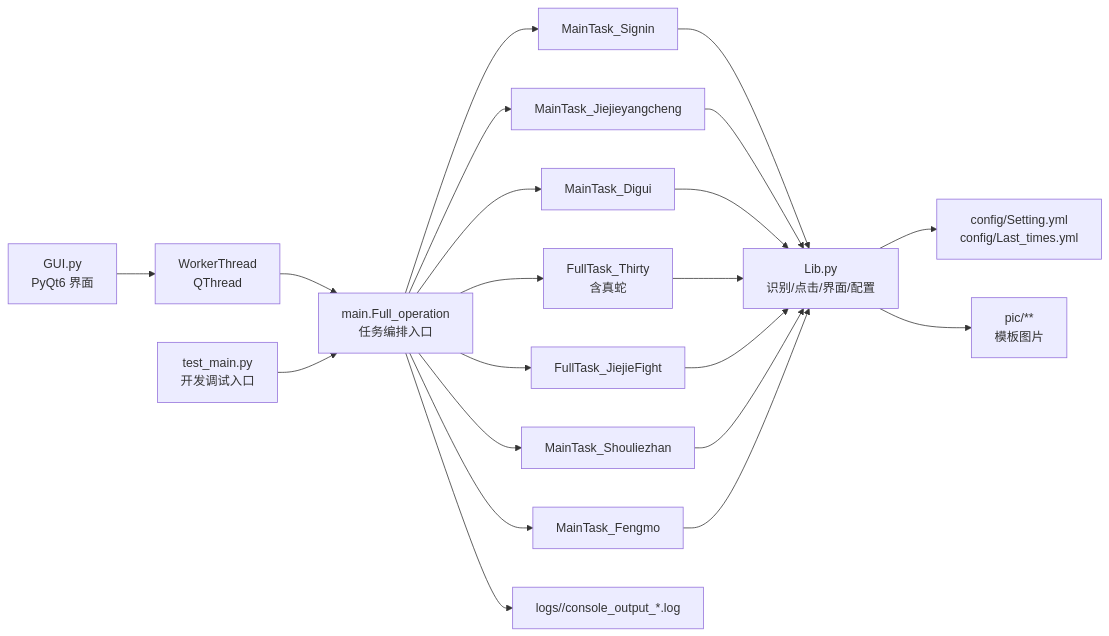
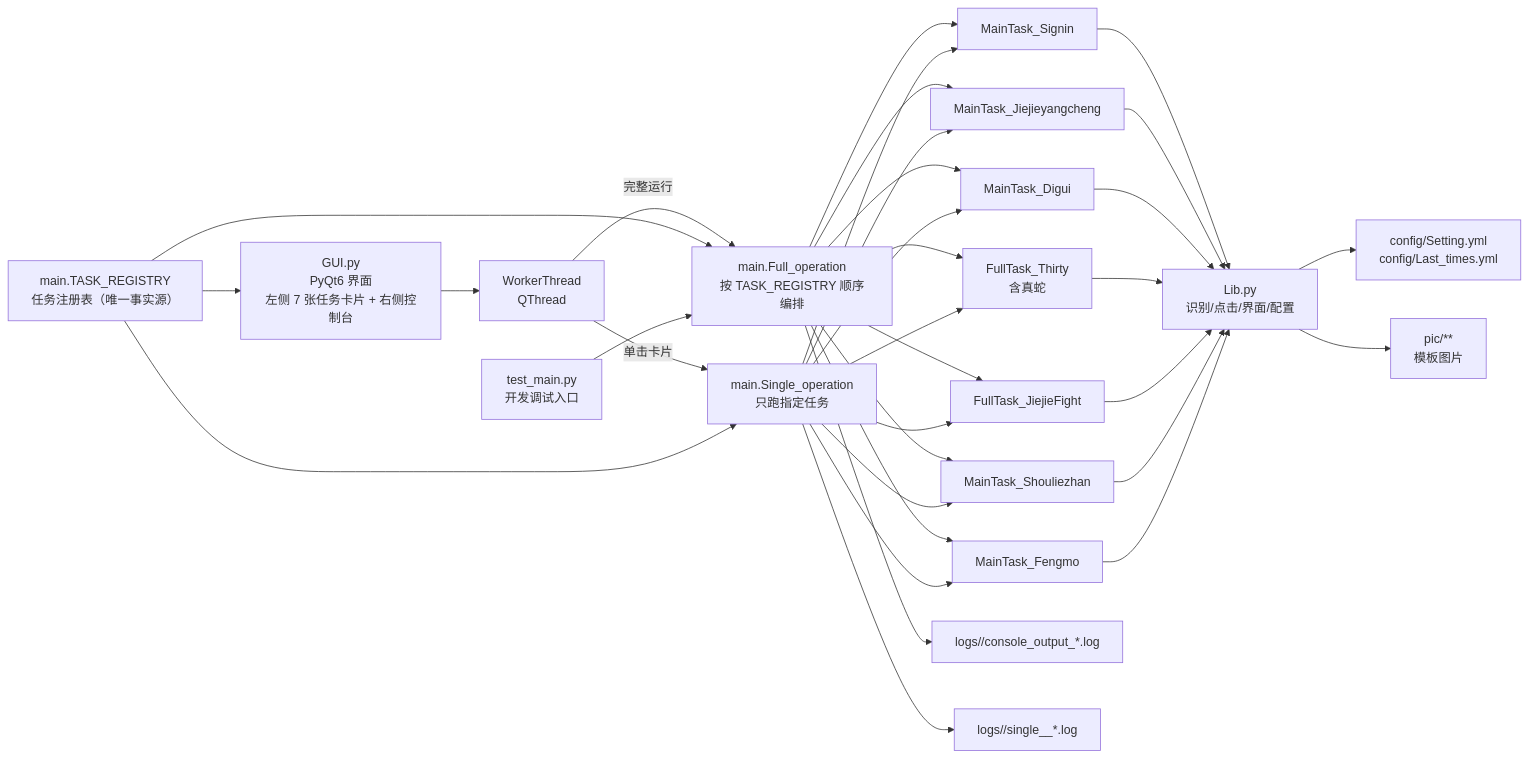
The diagram in ARCHITECTURE.md (67762961/Paper_sweeper), drawn with Mermaid before and after one commit. The commit also changed other lines of this file and 4 other files, not shown here.

````diff
--- a/ARCHITECTURE.md
+++ b/ARCHITECTURE.md
@@ -20,17 +20,23 @@
 ```mermaid
 flowchart LR
-    GUI["GUI.py\nPyQt6 界面"] --> WT["WorkerThread\nQThread"]
-    WT --> FO["main.Full_operation\n任务编排入口"]
+    GUI["GUI.py\nPyQt6 界面\n左侧 7 张任务卡片 + 右侧控制台"] --> WT["WorkerThread\nQThread"]
+    WT -->|完整运行| FO["main.Full_operation\n按 TASK_REGISTRY 顺序编排"]
+    WT -->|单击卡片| SO["main.Single_operation\n只跑指定任务"]
+    REG["main.TASK_REGISTRY\n任务注册表（唯一事实源）"] --> GUI
+    REG --> FO
+    REG --> SO
     TM["test_main.py\n开发调试入口"] --> FO
     FO --> T1["MainTask_Signin"]
     FO --> T2["MainTask_Jiejieyangcheng"]
     FO --> T3["MainTask_Digui"]
     FO --> T4["FullTask_Thirty\n含真蛇"]
     FO --> T5["FullTask_JiejieFight"]
     FO --> T6["MainTask_Shouliezhan"]
     FO --> T7["MainTask_Fengmo"]
+    SO --> T1 & T2 & T3 & T4 & T5 & T6 & T7
     T1 & T2 & T3 & T4 & T5 & T6 & T7 --> LIB["Lib.py\n识别/点击/界面/配置"]
     LIB --> CFG["config/Setting.yml\nconfig/Last_times.yml"]
     LIB --> PIC["pic/**\n模板图片"]
     FO --> LOG["logs/<date>/console_output_*.log"]
+    SO --> SLOG["logs/<date>/single_<key>_*.log"]
 ```
````
